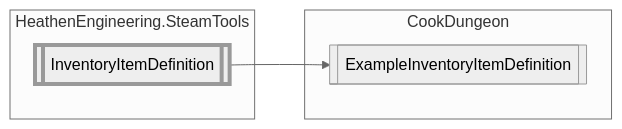
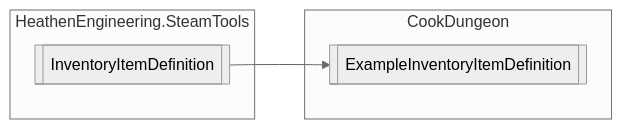
One commit to s0r3-glitch/cook-dungeon-docs changed the diagram in cookdungeon-ExampleInventoryItemDefinition.md. Above: the diagram before and after it, drawn with Mermaid (neutral theme). The commit also changed other lines of this file and 6 other files, not shown here.

````diff
--- a/cookdungeon-ExampleInventoryItemDefinition.md
+++ b/cookdungeon-ExampleInventoryItemDefinition.md
@@ -4,13 +4,12 @@
 ```mermaid
   flowchart LR
   classDef interfaceStyle stroke-dasharray: 5 5;
   classDef abstractStyle stroke-width:4px
   subgraph CookDungeon
   CookDungeon.ExampleInventoryItemDefinition[[ExampleInventoryItemDefinition]]
   end
   subgraph HeathenEngineering.SteamTools
-  HeathenEngineering.SteamTools.InventoryItemDefinition[[InventoryItemDefinition]]
-  class HeathenEngineering.SteamTools.InventoryItemDefinition abstractStyle;
+HeathenEngineering.SteamTools.InventoryItemDefinition[[InventoryItemDefinition]]
   end
 HeathenEngineering.SteamTools.InventoryItemDefinition --> CookDungeon.ExampleInventoryItemDefinition
 ```
````
